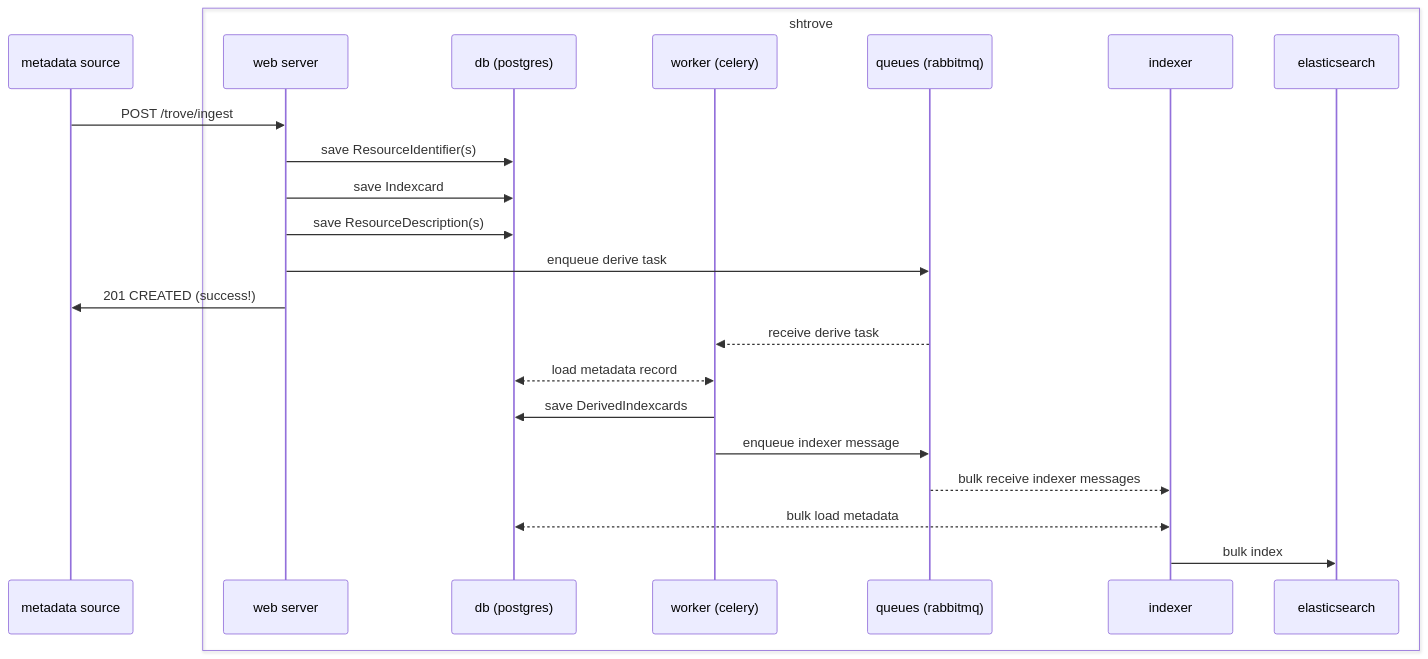
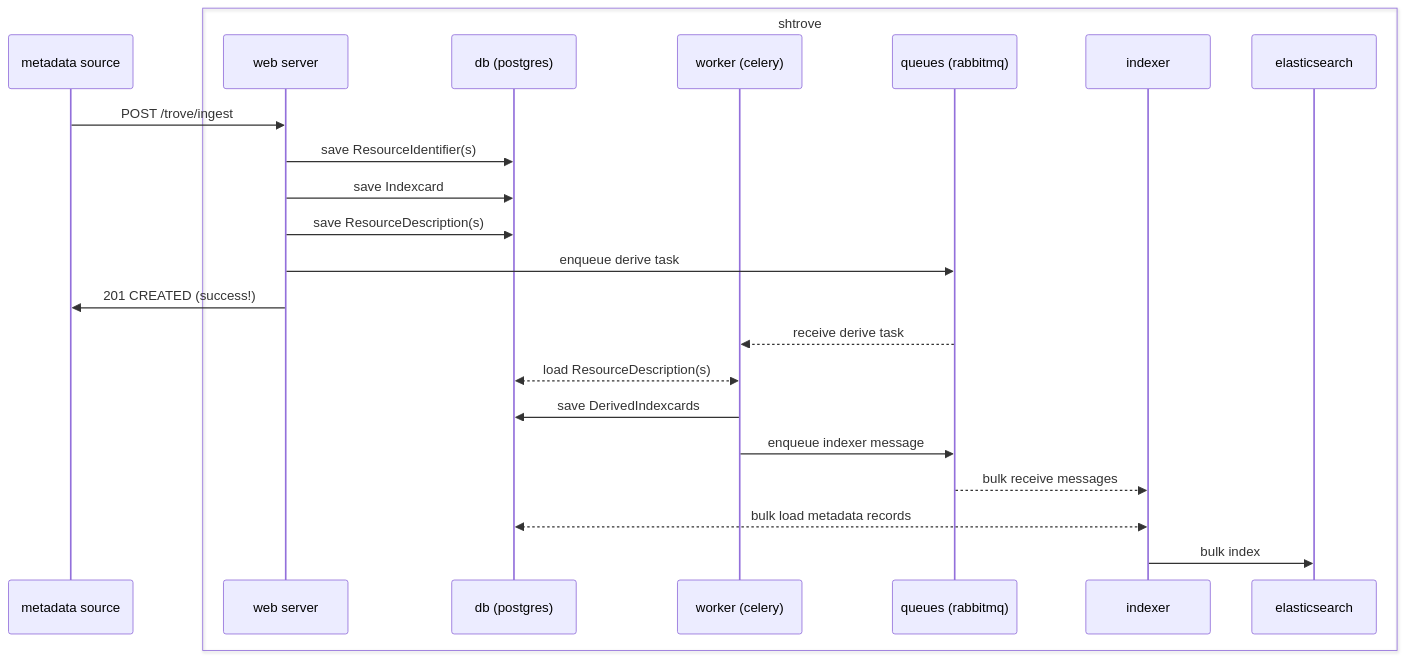
Before and after one commit to CenterForOpenScience/SHARE: the second of 3 diagrams in ARCHITECTURE.md, drawn with Mermaid. The commit also changed other lines of this file, not shown here.

````diff
--- a/ARCHITECTURE.md
+++ b/ARCHITECTURE.md
@@ -53,25 +54,25 @@
 ```mermaid
 sequenceDiagram
     participant ms as metadata source
     box shtrove
     participant ss as web server
     participant sd as db (postgres)
     participant sw as worker (celery)
     participant sq as queues (rabbitmq)
     participant si as indexer
     participant se as elasticsearch
     end
     ms ->> ss: POST /trove/ingest
     ss ->> sd: save ResourceIdentifier(s)
     ss ->> sd: save Indexcard
     ss ->> sd: save ResourceDescription(s)
     ss ->> sq: enqueue derive task
     ss ->> ms: 201 CREATED (success!)
     sq -->> sw: receive derive task
-    sd <<-->> sw: load metadata record
+    sd <<-->> sw: load ResourceDescription(s)
     sw ->> sd: save DerivedIndexcards
     sw ->> sq: enqueue indexer message
-    sq -->> si: bulk receive indexer messages
-    sd <<-->> si: bulk load metadata
+    sq -->> si: bulk receive messages
+    sd <<-->> si: bulk load metadata records
     si ->> se: bulk index
 ```
````
